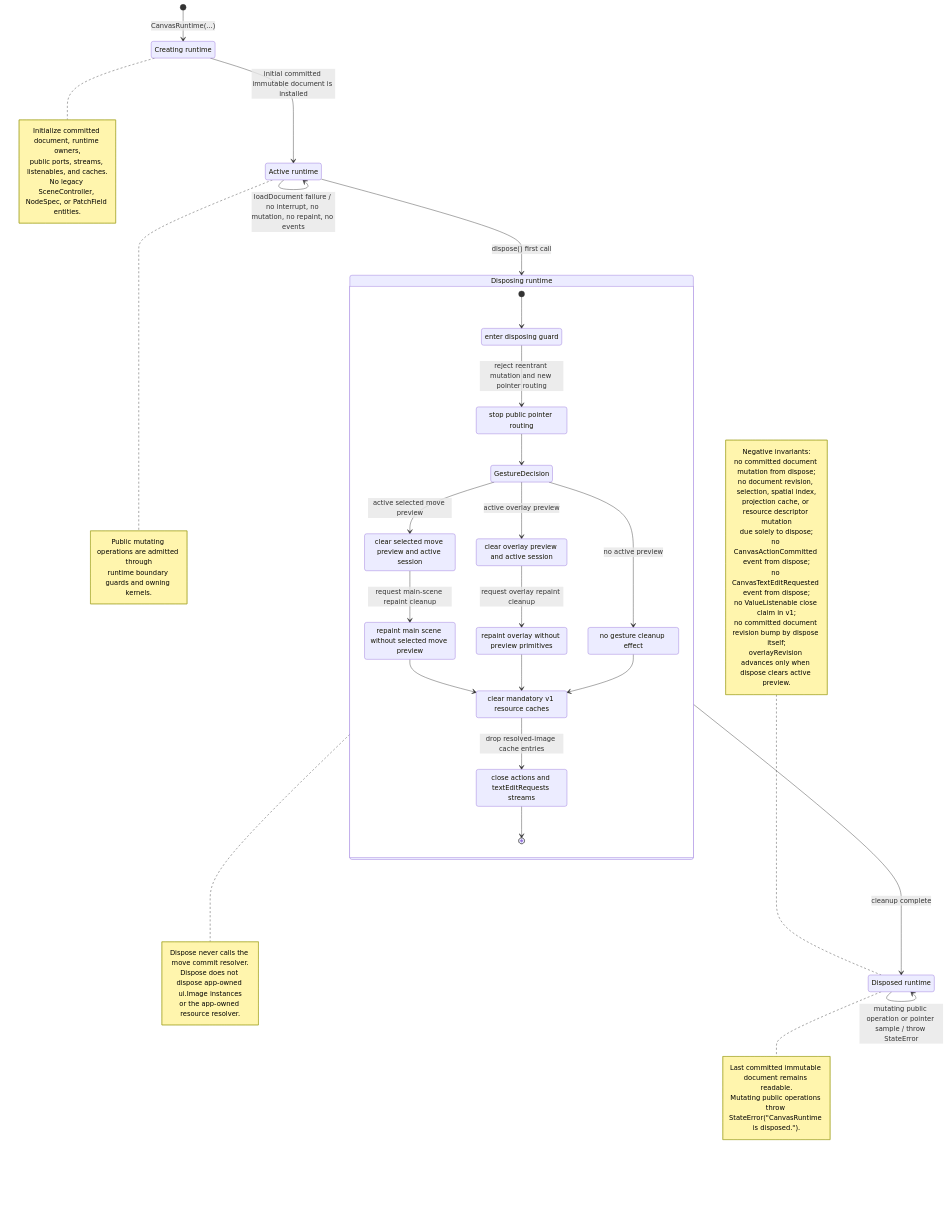
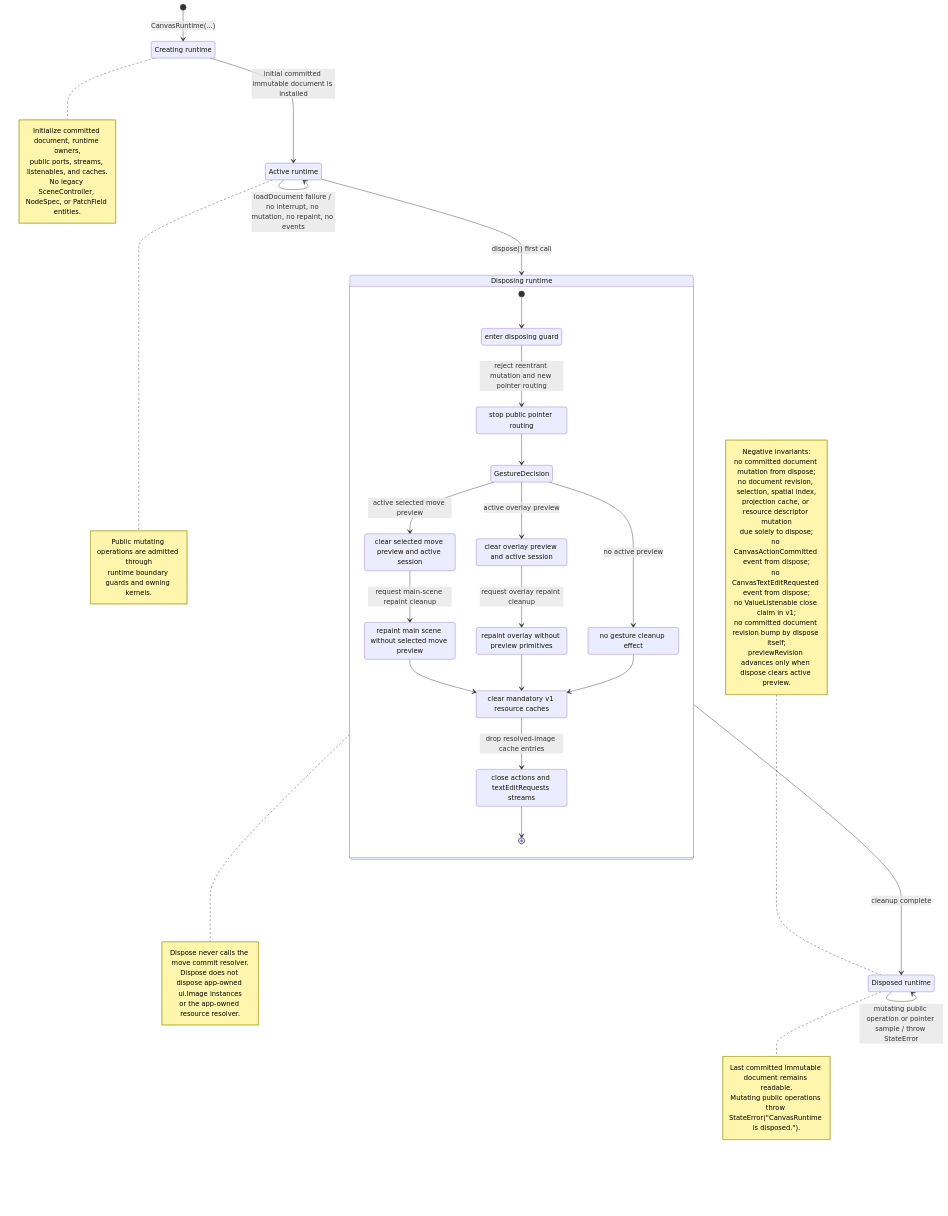
Before and after one commit to GreatPika/iwb_canvas_engine: the diagram in docs/diagrams/state_runtime_lifecycle.mmd, drawn with Mermaid. The commit also changed 20 other files, not shown here.

First line of the commit message:
docs: standardize preview revision terminology

```diff
--- a/docs/diagrams/state_runtime_lifecycle.mmd
+++ b/docs/diagrams/state_runtime_lifecycle.mmd
@@ -1,86 +1,86 @@
 %% CanvasRuntime lifecycle state diagram
 stateDiagram-v2
   [*] --> Creating: CanvasRuntime(...)
 
   state "Creating runtime" as Creating
   note right of Creating
     Initialize committed document, runtime owners,
     public ports, streams, listenables, and caches.
     No legacy SceneController, NodeSpec, or PatchField entities.
   end note
 
   Creating --> Active: initial committed immutable document is installed
 
   state "Active runtime" as Active
   note right of Active
     Public mutating operations are admitted through
     runtime boundary guards and owning kernels.
   end note
 
   Active --> Active: readDocument() / return current immutable document
   Active --> Active: successful edit or command / atomic commit and typed effects
   Active --> Active: loadDocument success / success-only interaction interrupt, atomic replacement, cache invalidation
   Active --> Active: loadDocument failure / no interrupt, no mutation, no repaint, no events
   Active --> Disposing: dispose() first call
 
   state "Disposing runtime" as Disposing {
     [*] --> EnterGuard
     EnterGuard: enter disposing guard
     EnterGuard --> StopRouting: reject reentrant mutation and new pointer routing
     StopRouting: stop public pointer routing
 
     StopRouting --> GestureDecision
     state GestureDecision <<choice>>
     GestureDecision --> SelectedMoveCleanup: active selected move preview
     GestureDecision --> OverlayCleanup: active overlay preview
     GestureDecision --> NoGestureCleanup: no active preview
 
     SelectedMoveCleanup: clear selected move preview and active session
     SelectedMoveCleanup --> MainCleanupRepaint: request main-scene repaint cleanup
     MainCleanupRepaint: repaint main scene without selected move preview
     MainCleanupRepaint --> ResourceCacheCleanup
 
     OverlayCleanup: clear overlay preview and active session
     OverlayCleanup --> OverlayCleanupRepaint: request overlay repaint cleanup
     OverlayCleanupRepaint: repaint overlay without preview primitives
     OverlayCleanupRepaint --> ResourceCacheCleanup
 
     NoGestureCleanup: no gesture cleanup effect
     NoGestureCleanup --> ResourceCacheCleanup
 
     ResourceCacheCleanup: clear mandatory v1 resource caches
     ResourceCacheCleanup --> CloseStreams: drop resolved-image cache entries
     CloseStreams: close actions and textEditRequests streams
     CloseStreams --> [*]
   }
 
   note right of Disposing
     Dispose never calls the move commit resolver.
     Dispose does not dispose app-owned ui.Image instances
     or the app-owned resource resolver.
   end note
 
   Disposing --> Disposed: cleanup complete
 
   state "Disposed runtime" as Disposed
   note right of Disposed
     Last committed immutable document remains readable.
     Mutating public operations throw StateError("CanvasRuntime is disposed.").
   end note
 
   Disposed --> Disposed: dispose() again / return without side effects
   Disposed --> Disposed: readDocument() / return last committed immutable document
   Disposed --> Disposed: mutating public operation or pointer sample / throw StateError
 
   note left of Disposed
     Negative invariants:
     no committed document mutation from dispose;
     no document revision, selection, spatial index,
     projection cache, or resource descriptor mutation
     due solely to dispose;
     no CanvasActionCommitted event from dispose;
     no CanvasTextEditRequested event from dispose;
     no ValueListenable close claim in v1;
     no committed document revision bump by dispose itself;
-    overlayRevision advances only when dispose clears active preview.
+    previewRevision advances only when dispose clears active preview.
   end note
```
